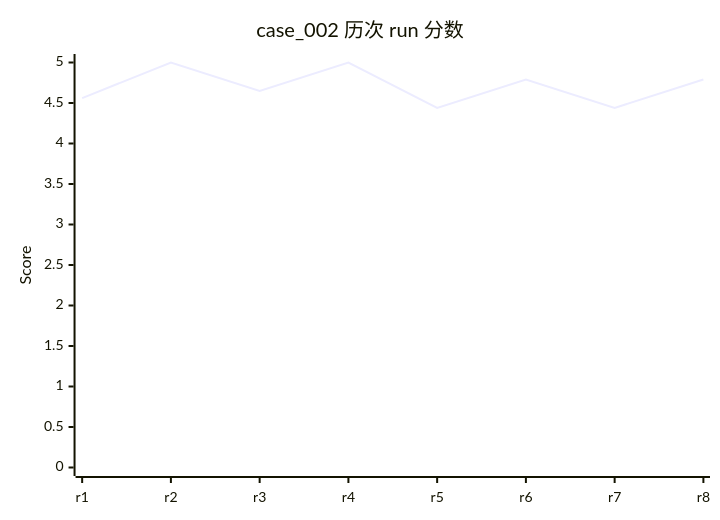
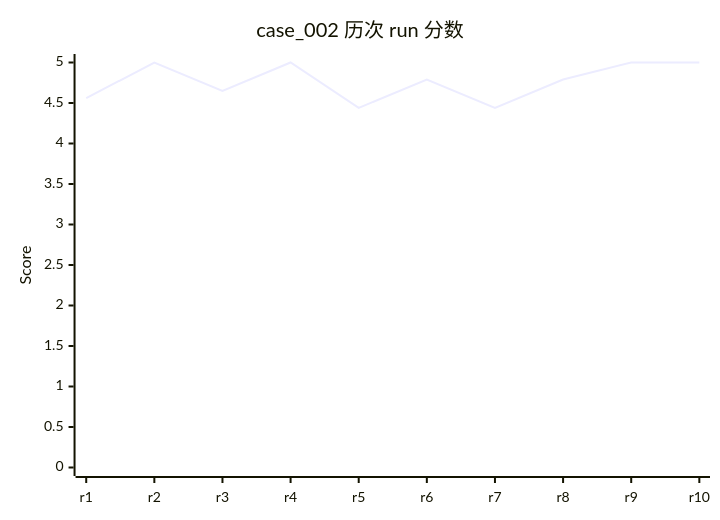
One commit to rushengzhou/sid-code changed the ninth of 58 diagrams in evals/DASHBOARD.md. Above: the diagram before and after it, drawn with Mermaid. The commit also changed other lines of this file and 49 other files, not shown here.

````diff
--- a/evals/DASHBOARD.md
+++ b/evals/DASHBOARD.md
@@ -253,7 +258,7 @@
 ```mermaid
 xychart-beta
     title "case_002 历次 run 分数"
-    x-axis [r1, r2, r3, r4, r5, r6, r7, r8]
+    x-axis [r1, r2, r3, r4, r5, r6, r7, r8, r9, r10]
     y-axis "Score" 0 --> 5
-    line [4.56, 5.00, 4.65, 5.00, 4.44, 4.79, 4.44, 4.79]
+    line [4.56, 5.00, 4.65, 5.00, 4.44, 4.79, 4.44, 4.79, 5.00, 5.00]
 ```
````
